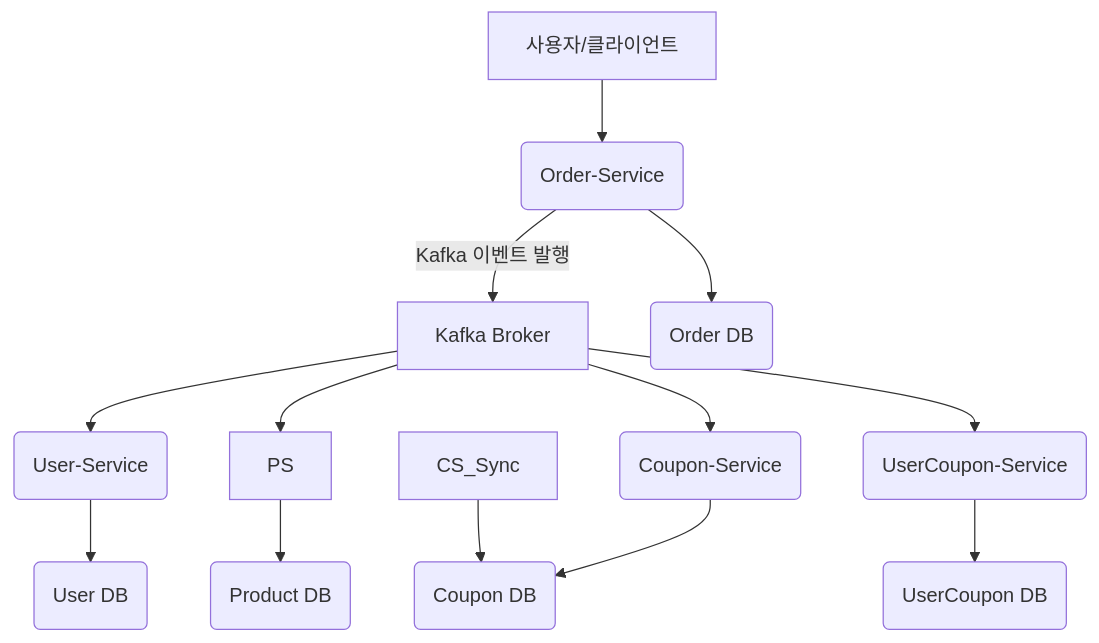
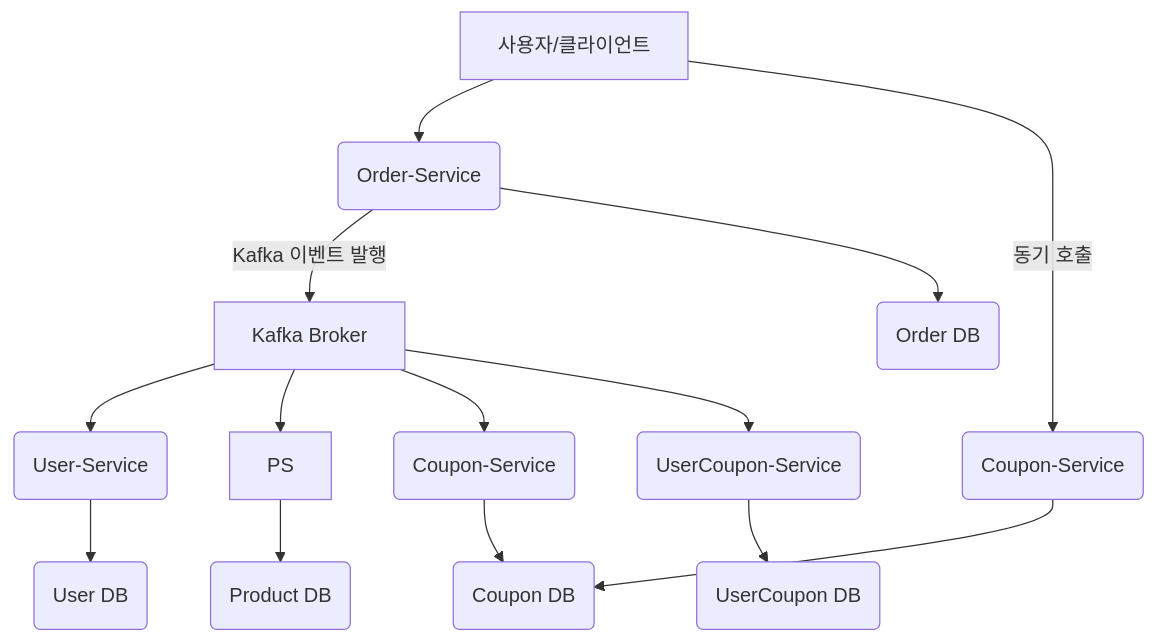
One commit to honge7694/hdd-server-java changed the first of 2 diagrams in docs/부하테스트 문서.md. Above: the diagram before and after it, drawn with Mermaid.

Commit message:
docs: 부하테스트 문서 수정

````diff
--- a/docs/부하테스트 문서.md
+++ b/docs/부하테스트 문서.md
@@ -4,16 +4,17 @@
 ```mermaid
 graph TD
     User[사용자/클라이언트] --> OS(Order-Service)
     OS -- Kafka 이벤트 발행 --> Kafka[Kafka Broker]
     Kafka --> US(User-Service)
     Kafka --> PS
     Kafka --> CS_Async(Coupon-Service)
     Kafka --> UCS(UserCoupon-Service)
-
+    
+    User[사용자/클라이언트] -- 동기 호출 --> CS_Sync(Coupon-Service)
     OS --> ODB(Order DB)
     US --> UDB(User DB)
     PS --> PDB(Product DB)
     CS_Sync --> CDB(Coupon DB)
     CS_Async --> CDB
     UCS --> UCDB(UserCoupon DB)
 ```
````
